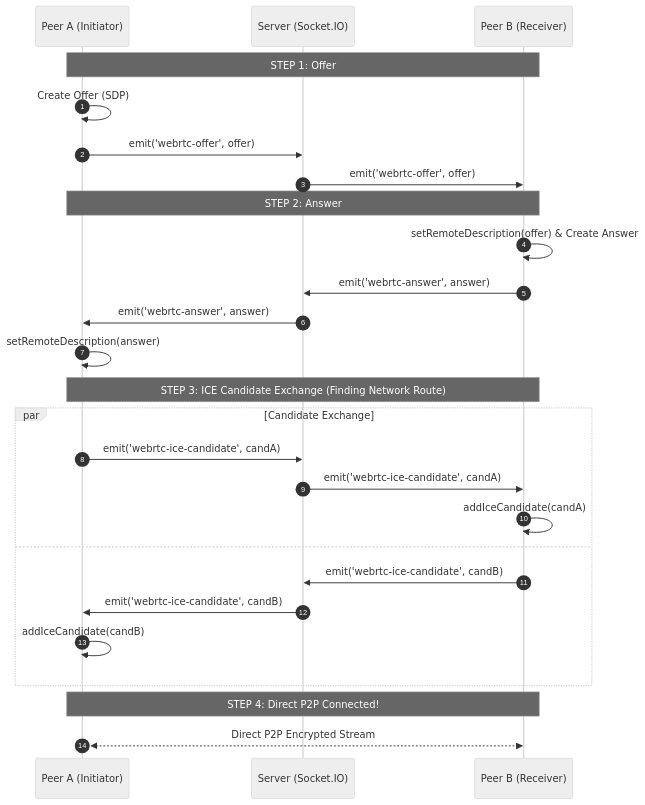
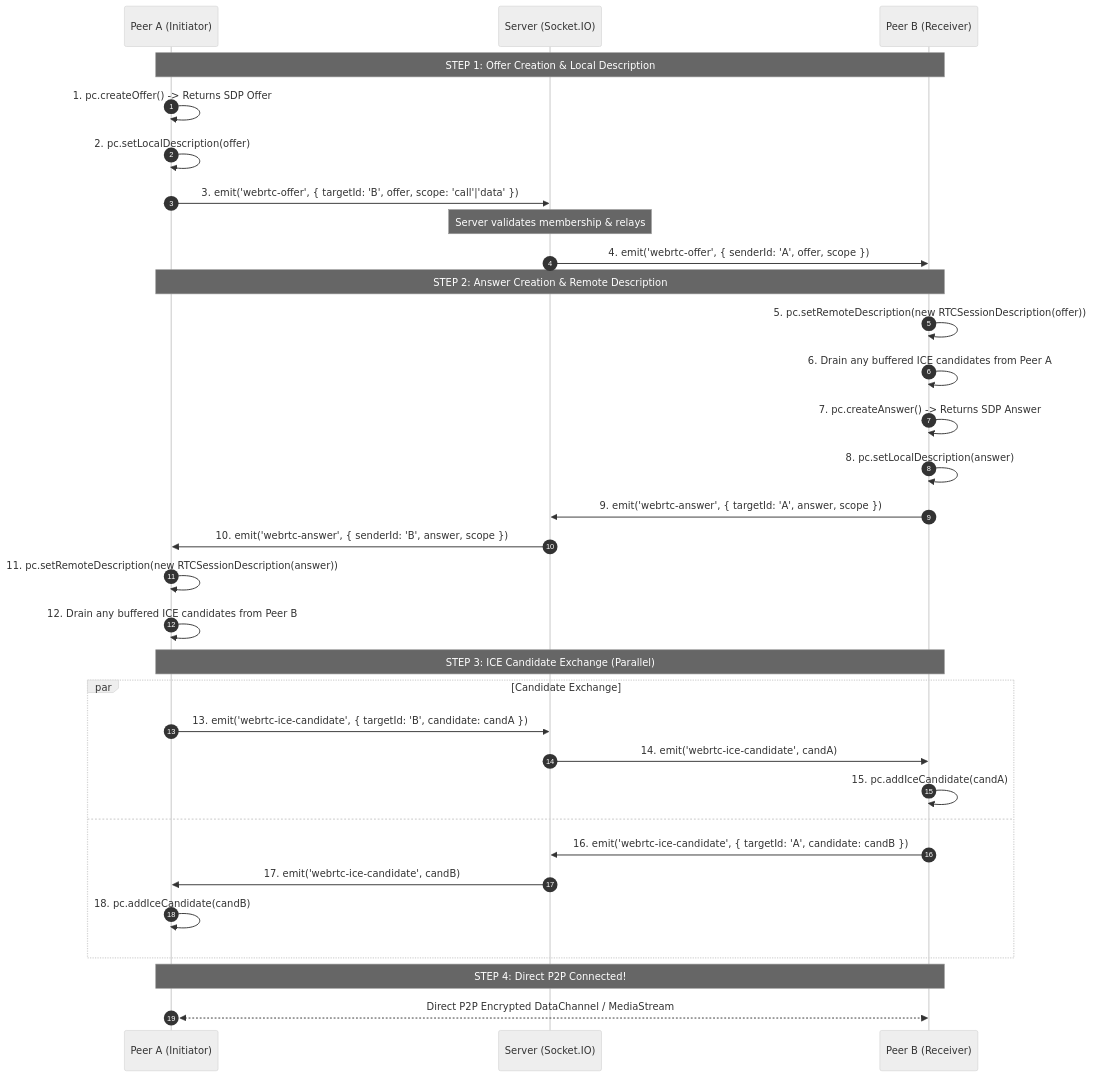
The fifth of 15 diagrams in WEBRTC.md (Ayush-0247/Plutus-Chat), drawn with Mermaid (neutral theme) before and after one commit. The commit also changed other lines of this file, not shown here.

````diff
--- a/WEBRTC.md
+++ b/WEBRTC.md
@@ -127,32 +301,39 @@
 ```mermaid
 sequenceDiagram
     autonumber
     participant A as Peer A (Initiator)
     participant S as Server (Socket.IO)
     participant B as Peer B (Receiver)
 
-    Note over A, B: STEP 1: Offer
-    A->>A: Create Offer (SDP)
-    A->>S: emit('webrtc-offer', offer)
-    S->>B: emit('webrtc-offer', offer)
+    Note over A, B: STEP 1: Offer Creation & Local Description
+    A->>A: 1. pc.createOffer() -> Returns SDP Offer
+    A->>A: 2. pc.setLocalDescription(offer)
+    A->>S: 3. emit('webrtc-offer', { targetId: 'B', offer, scope: 'call'|'data' })
+    
+    Note over S: Server validates membership & relays
+    S->>B: 4. emit('webrtc-offer', { senderId: 'A', offer, scope })
 
-    Note over A, B: STEP 2: Answer
-    B->>B: setRemoteDescription(offer) & Create Answer
-    B->>S: emit('webrtc-answer', answer)
-    S->>A: emit('webrtc-answer', answer)
-    A->>A: setRemoteDescription(answer)
+    Note over A, B: STEP 2: Answer Creation & Remote Description
+    B->>B: 5. pc.setRemoteDescription(new RTCSessionDescription(offer))
+    B->>B: 6. Drain any buffered ICE candidates from Peer A
+    B->>B: 7. pc.createAnswer() -> Returns SDP Answer
+    B->>B: 8. pc.setLocalDescription(answer)
+    B->>S: 9. emit('webrtc-answer', { targetId: 'A', answer, scope })
+    S->>A: 10. emit('webrtc-answer', { senderId: 'B', answer, scope })
+    A->>A: 11. pc.setRemoteDescription(new RTCSessionDescription(answer))
+    A->>A: 12. Drain any buffered ICE candidates from Peer B
 
-    Note over A, B: STEP 3: ICE Candidate Exchange (Finding Network Route)
+    Note over A, B: STEP 3: ICE Candidate Exchange (Parallel)
     par Candidate Exchange
-        A->>S: emit('webrtc-ice-candidate', candA)
-        S->>B: emit('webrtc-ice-candidate', candA)
-        B->>B: addIceCandidate(candA)
+        A->>S: 13. emit('webrtc-ice-candidate', { targetId: 'B', candidate: candA })
+        S->>B: 14. emit('webrtc-ice-candidate', candA)
+        B->>B: 15. pc.addIceCandidate(candA)
     and
-        B->>S: emit('webrtc-ice-candidate', candB)
-        S->>A: emit('webrtc-ice-candidate', candB)
-        A->>A: addIceCandidate(candB)
+        B->>S: 16. emit('webrtc-ice-candidate', { targetId: 'A', candidate: candB })
+        S->>A: 17. emit('webrtc-ice-candidate', candB)
+        A->>A: 18. pc.addIceCandidate(candB)
     end
 
     Note over A, B: STEP 4: Direct P2P Connected!
-    A<<-->>B: Direct P2P Encrypted Stream
+    A<<-->>B: Direct P2P Encrypted DataChannel / MediaStream
 ```
````
